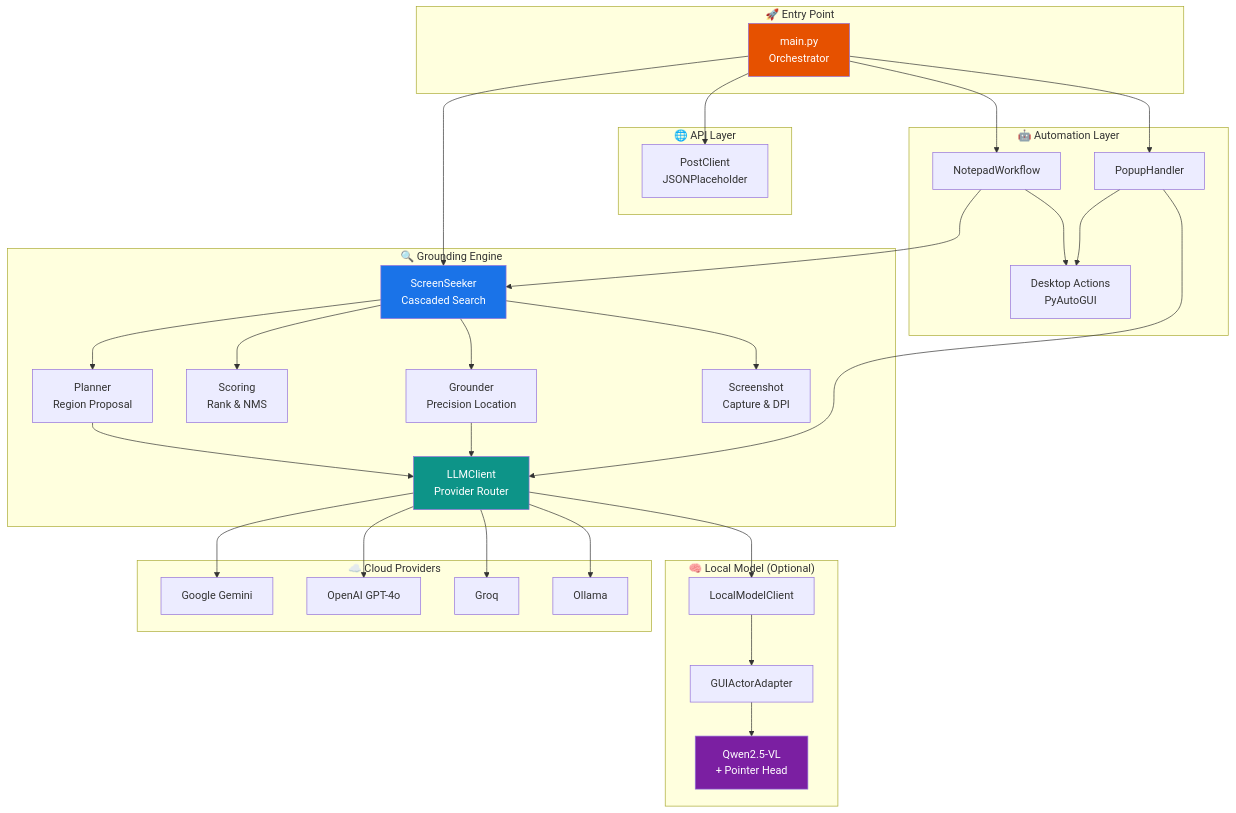
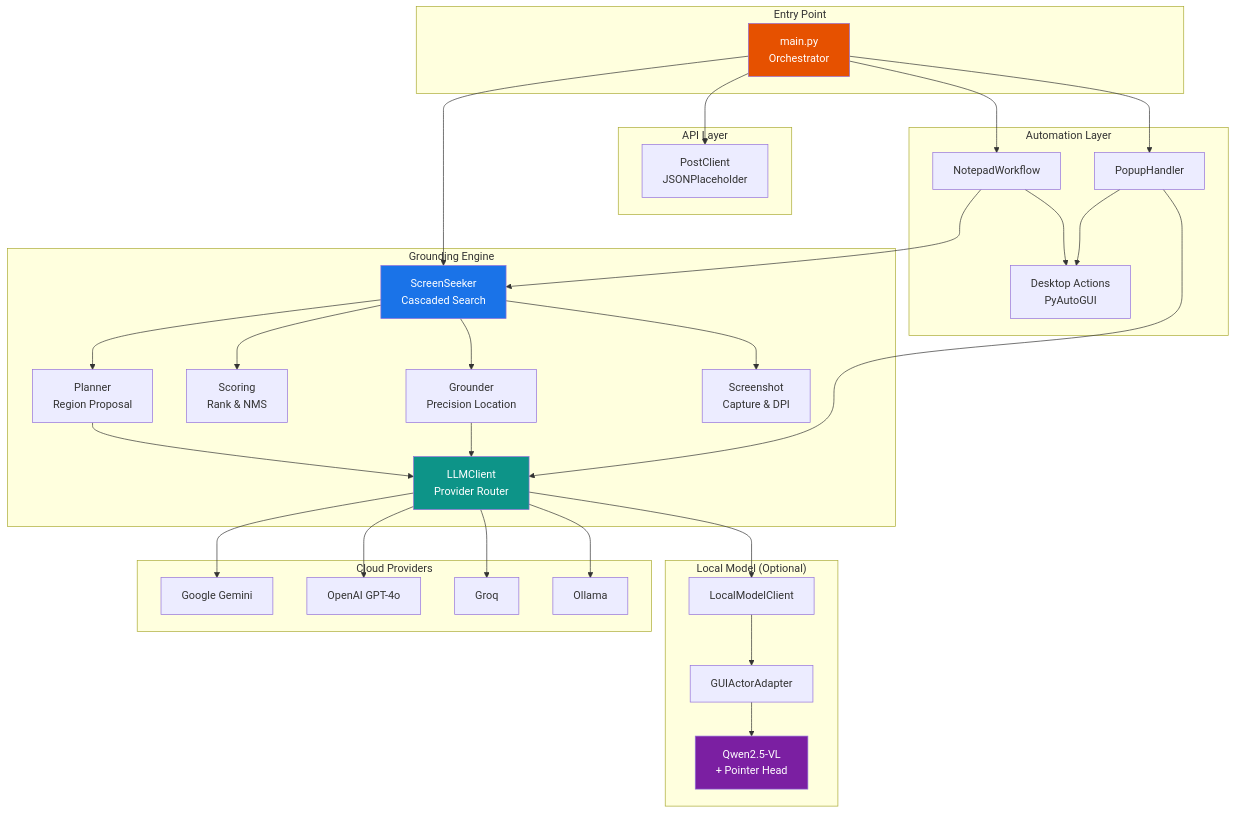
One commit to ZiadMD/ScreenSeekeR-Desktop-Automation changed the first of 19 diagrams in doc/methodology.md. Above: the diagram before and after it, drawn with Mermaid. The commit also changed other lines of this file and 3 other files, not shown here.

````diff
--- a/doc/methodology.md
+++ b/doc/methodology.md
@@ -49,70 +49,70 @@
 ```mermaid
 graph TB
-    subgraph Entry["🚀 Entry Point"]
+    subgraph Entry["Entry Point"]
         MAIN["main.py<br/>Orchestrator"]
     end
 
-    subgraph API["🌐 API Layer"]
+    subgraph API["API Layer"]
         POSTS["PostClient<br/>JSONPlaceholder"]
     end
 
-    subgraph Grounding["🔍 Grounding Engine"]
+    subgraph Grounding["Grounding Engine"]
         SS["ScreenSeeker<br/>Cascaded Search"]
         PLAN["Planner<br/>Region Proposal"]
         SCORE["Scoring<br/>Rank & NMS"]
         GND["Grounder<br/>Precision Location"]
         SCR["Screenshot<br/>Capture & DPI"]
         LLM["LLMClient<br/>Provider Router"]
     end
 
-    subgraph LocalModel["🧠 Local Model (Optional)"]
+    subgraph LocalModel["Local Model (Optional)"]
         LMC["LocalModelClient"]
         GUA["GUIActorAdapter"]
         QWEN["Qwen2.5-VL<br/>+ Pointer Head"]
     end
 
-    subgraph Automation["🤖 Automation Layer"]
+    subgraph Automation["Automation Layer"]
         NP["NotepadWorkflow"]
         PH["PopupHandler"]
         DT["Desktop Actions<br/>PyAutoGUI"]
     end
 
-    subgraph Providers["☁️ Cloud Providers"]
+    subgraph Providers["Cloud Providers"]
         GEM["Google Gemini"]
         OAI["OpenAI GPT-4o"]
         GRQ["Groq"]
         OLL["Ollama"]
     end
 
     MAIN --> POSTS
     MAIN --> SS
     MAIN --> NP
     MAIN --> PH
 
     SS --> PLAN
     SS --> SCORE
     SS --> GND
     SS --> SCR
 
     PLAN --> LLM
     GND --> LLM
     PH --> LLM
 
     LLM --> GEM
     LLM --> OAI
     LLM --> GRQ
     LLM --> OLL
     LLM --> LMC
 
     LMC --> GUA
     GUA --> QWEN
 
     NP --> SS
     NP --> DT
     PH --> DT
 
     style SS fill:#1a73e8,color:#fff
     style QWEN fill:#7b1fa2,color:#fff
     style LLM fill:#0d9488,color:#fff
     style MAIN fill:#e65100,color:#fff
 ```
````
